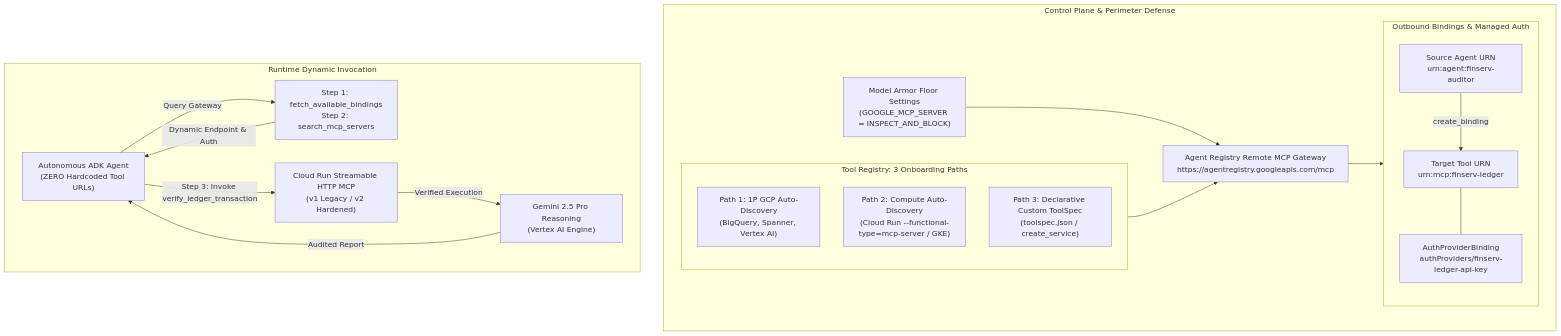
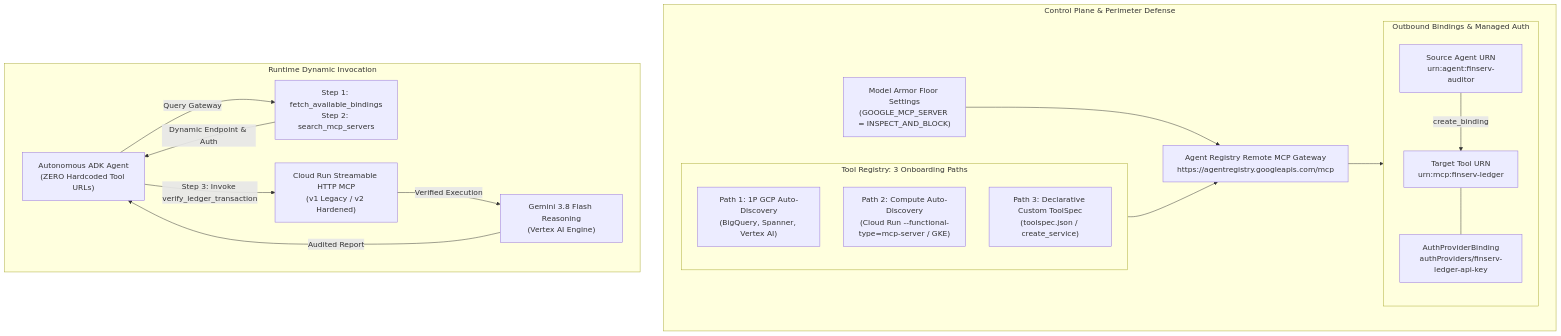
One commit to arobinson12/advent-of-agents-s3-day19-mcp-governance changed the diagram in README.md. Above: the diagram before and after it, drawn with Mermaid. The commit also changed other lines of this file and 3 other files, not shown here.

Commit message:
chore: update reasoning model to Gemini 3.8 Flash (gemini-3.8-flash)

````diff
--- a/README.md
+++ b/README.md
@@ -21,39 +21,39 @@
 ```mermaid
 graph TD
     subgraph CP["Control Plane & Perimeter Defense"]
         MA["Model Armor Floor Settings<br/>(GOOGLE_MCP_SERVER = INSPECT_AND_BLOCK)"]
         
         subgraph TR["Tool Registry: 3 Onboarding Paths"]
             P1["Path 1: 1P GCP Auto-Discovery<br/>(BigQuery, Spanner, Vertex AI)"]
             P2["Path 2: Compute Auto-Discovery<br/>(Cloud Run --functional-type=mcp-server / GKE)"]
             P3["Path 3: Declarative Custom ToolSpec<br/>(toolspec.json / create_service)"]
         end
         
         REG["Agent Registry Remote MCP Gateway<br/>https://agentregistry.googleapis.com/mcp"]
         
         subgraph OB["Outbound Bindings & Managed Auth"]
             SRC["Source Agent URN<br/>urn:agent:finserv-auditor"]
             TGT["Target Tool URN<br/>urn:mcp:finserv-ledger"]
             AP["AuthProviderBinding<br/>authProviders/finserv-ledger-api-key"]
             SRC -->|create_binding| TGT
             TGT --- AP
         end
         
         MA --> REG
         TR --> REG
         REG --> OB
     end
 
     subgraph RUN["Runtime Dynamic Invocation"]
         ADK["Autonomous ADK Agent<br/>(ZERO Hardcoded Tool URLs)"]
         REG_LOOKUP["Step 1: fetch_available_bindings<br/>Step 2: search_mcp_servers"]
         CR["Cloud Run Streamable HTTP MCP<br/>(v1 Legacy / v2 Hardened)"]
-        GEM["Gemini 2.5 Pro Reasoning<br/>(Vertex AI Engine)"]
+        GEM["Gemini 3.8 Flash Reasoning<br/>(Vertex AI Engine)"]
         
         ADK -->|Query Gateway| REG_LOOKUP
         REG_LOOKUP -->|Dynamic Endpoint & Auth| ADK
         ADK -->|Step 3: Invoke verify_ledger_transaction| CR
         CR -->|Verified Execution| GEM
         GEM -->|Audited Report| ADK
     end
 ```
````
